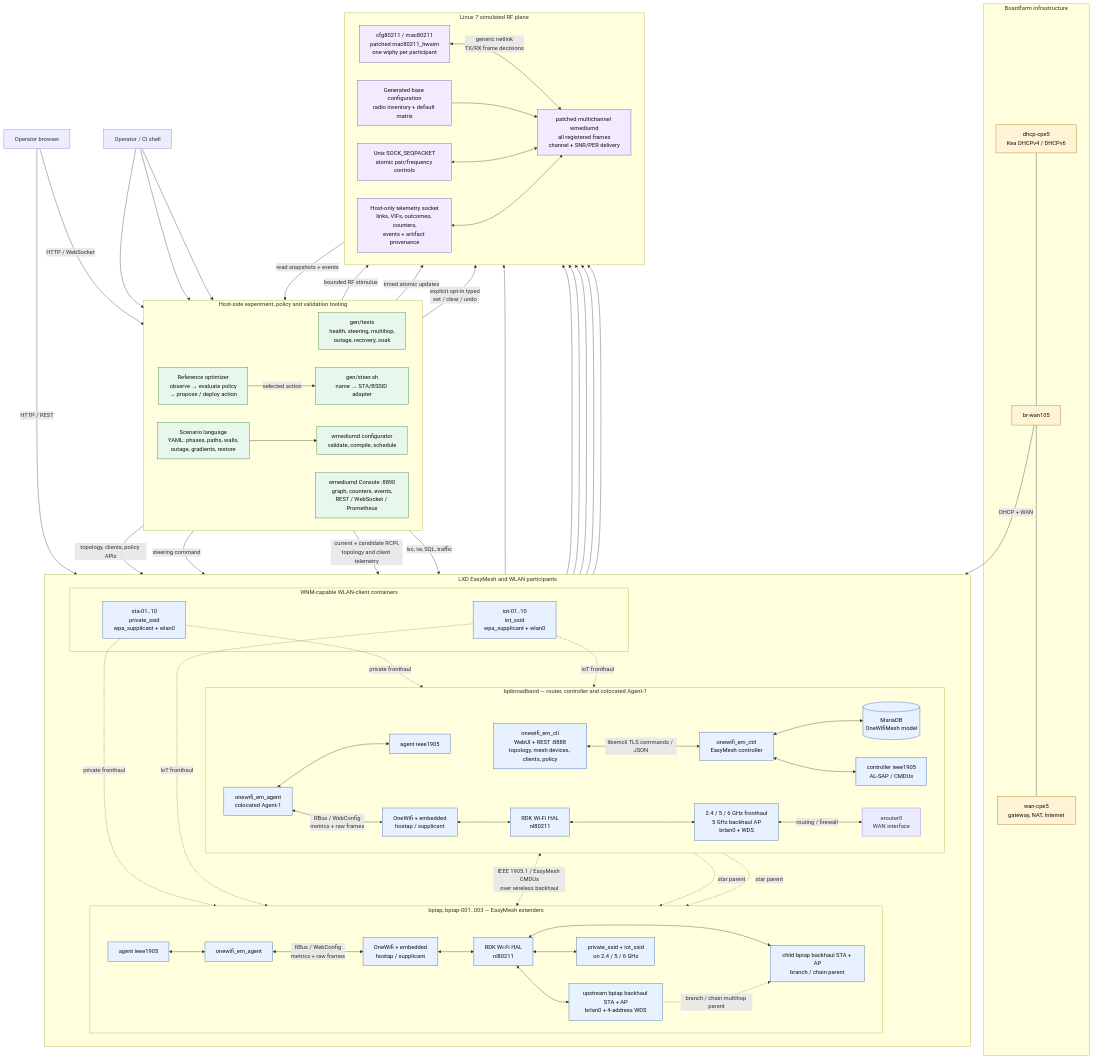
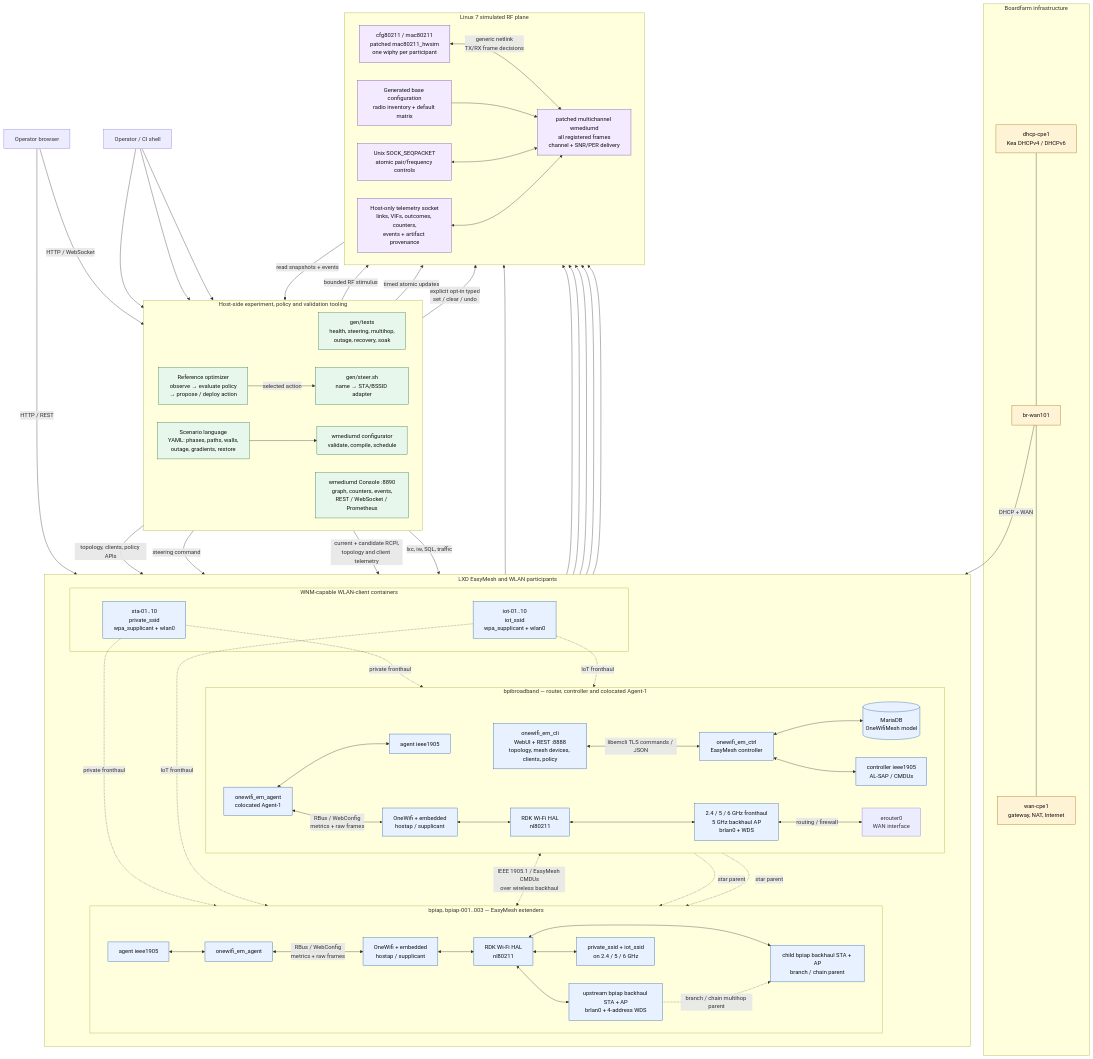
Before and after one commit to boardfarmdevs/meta-cmf-bananapi-vcpe: the second of 2 diagrams in doc/easymesh/concepts/architecture.md, drawn with Mermaid. The commit also changed 30 other files, not shown here.

```diff
--- a/doc/easymesh/concepts/architecture.md
+++ b/doc/easymesh/concepts/architecture.md
@@ -79,9 +79,9 @@
   end
 
   subgraph boardfarm["Boardfarm infrastructure"]
-    dhcp["dhcp-cpe5<br/>Kea DHCPv4 / DHCPv6"]
-    nat["wan-cpe5<br/>gateway, NAT, Internet"]
-    wanbridge["br-wan105"]
+    dhcp["dhcp-cpe1<br/>Kea DHCPv4 / DHCPv6"]
+    nat["wan-cpe1<br/>gateway, NAT, Internet"]
+    wanbridge["br-wan101"]
     dhcp --- wanbridge --- nat
   end
 
```
